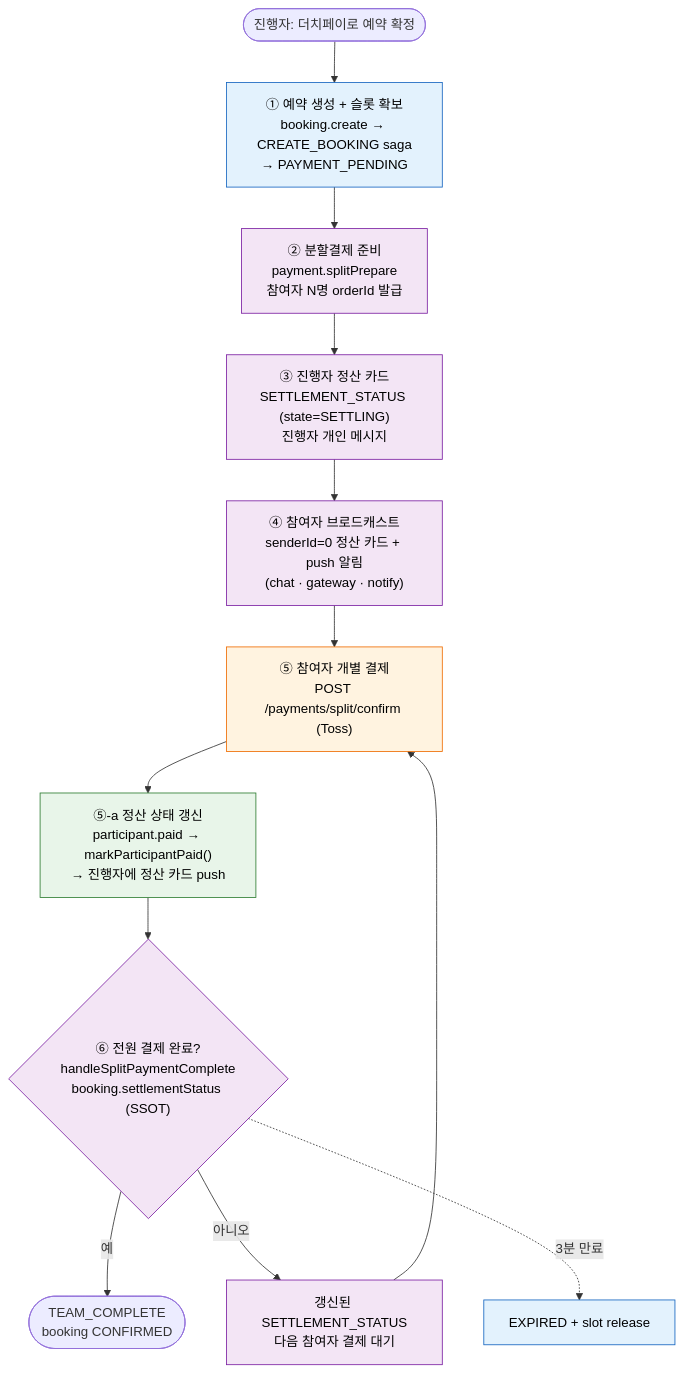
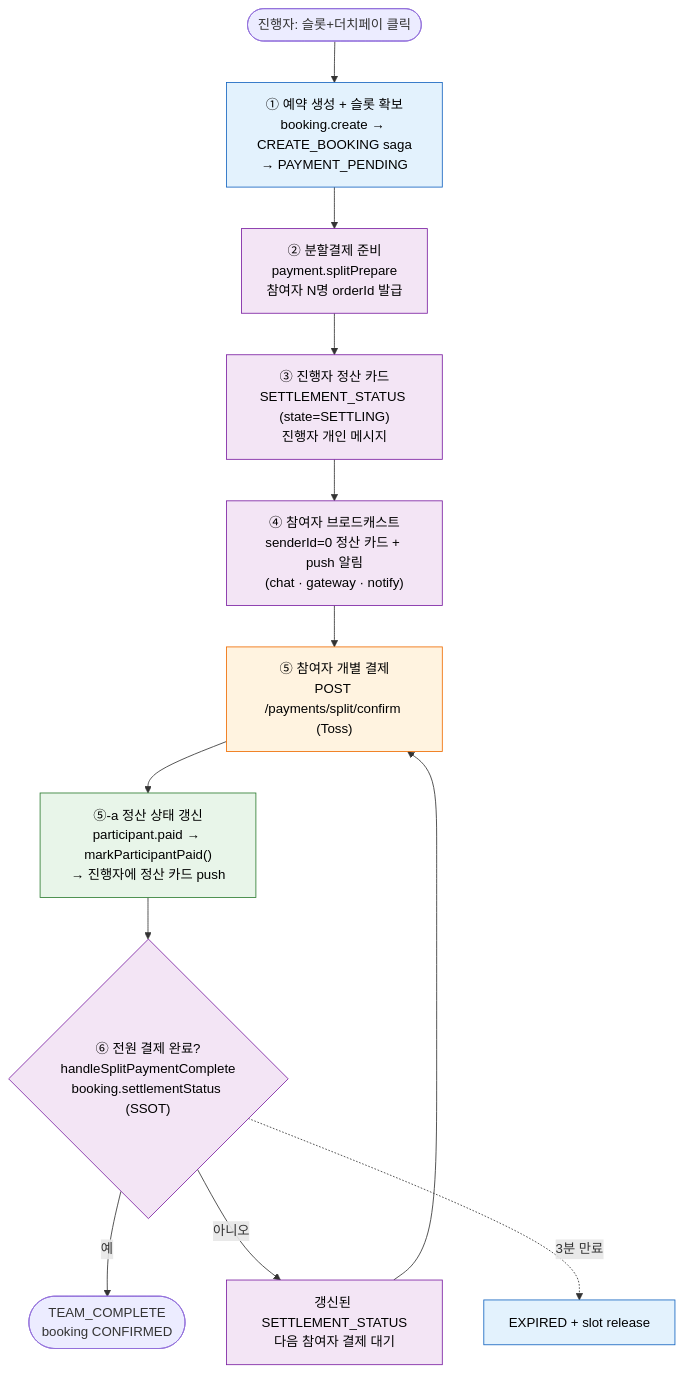
Before and after one commit to uniyous/parkgolf-platform: the second of 3 diagrams in docs/workflow/AGENT_PAY.md, drawn with Mermaid. The commit also changed other lines of this file and 7 other files, not shown here.

````diff
--- a/docs/workflow/AGENT_PAY.md
+++ b/docs/workflow/AGENT_PAY.md
@@ -84,23 +86,23 @@
 ```mermaid
 flowchart TD
-    Start([진행자: 더치페이로 예약 확정]) --> Create["① 예약 생성 + 슬롯 확보<br/>booking.create → CREATE_BOOKING saga<br/>→ PAYMENT_PENDING"]
+    Start([진행자: 슬롯+더치페이 클릭]) --> Create["① 예약 생성 + 슬롯 확보<br/>booking.create → CREATE_BOOKING saga<br/>→ PAYMENT_PENDING"]
     Create --> Prepare["② 분할결제 준비<br/>payment.splitPrepare<br/>참여자 N명 orderId 발급"]
     Prepare --> Card["③ 진행자 정산 카드<br/>SETTLEMENT_STATUS (state=SETTLING)<br/>진행자 개인 메시지"]
     Card --> Broadcast["④ 참여자 브로드캐스트<br/>senderId=0 정산 카드 + push 알림<br/>(chat · gateway · notify)"]
     Broadcast --> Pay["⑤ 참여자 개별 결제<br/>POST /payments/split/confirm (Toss)"]
     Pay --> MarkPaid["⑤-a 정산 상태 갱신<br/>participant.paid → markParticipantPaid()<br/>→ 진행자에 정산 카드 push"]
     MarkPaid --> Check{"⑥ 전원 결제 완료?<br/>handleSplitPaymentComplete<br/>booking.settlementStatus (SSOT)"}
     Check -->|예| Done([TEAM_COMPLETE<br/>booking CONFIRMED])
     Check -->|아니오| Wait["갱신된 SETTLEMENT_STATUS<br/>다음 참여자 결제 대기"]
     Wait --> Pay
     Check -. 3분 만료 .-> Expire["EXPIRED + slot release"]
 
     classDef agent fill:#f3e5f5,stroke:#7b1fa2,color:#000
     classDef saga fill:#e3f2fd,stroke:#1565c0,color:#000
     classDef booking fill:#e8f5e9,stroke:#2e7d32,color:#000
     classDef payment fill:#fff3e0,stroke:#ef6c00,color:#000
     class Create,Expire saga
     class Prepare,Card,Broadcast,Check,Wait agent
     class Pay payment
     class MarkPaid booking
 ```
````
